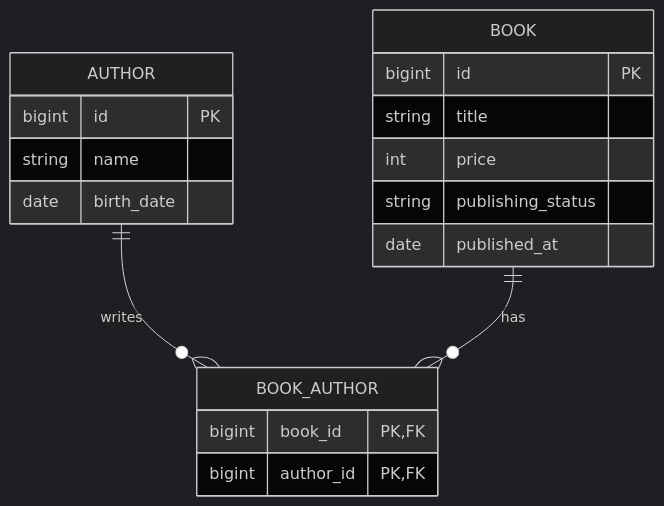
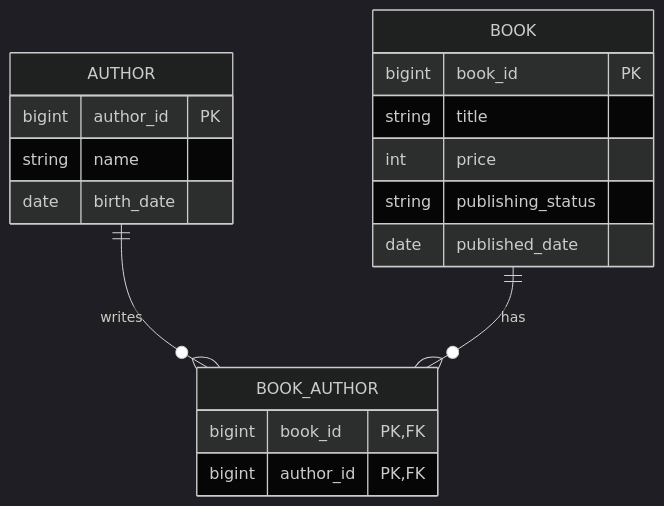
The diagram in README.md (tomoki-ueno/book-api), drawn with Mermaid (dark theme) before and after one commit. The commit also changed other lines of this file and 17 other files, not shown here.

````diff
--- a/README.md
+++ b/README.md
@@ -19,24 +35,24 @@
 ```mermaid
 erDiagram
     AUTHOR {
-        bigint id PK
+        bigint author_id PK
         string name
         date birth_date
     }
 
     BOOK {
-        bigint id PK
+        bigint book_id PK
         string title
         int price
         string publishing_status
-        date published_at
+        date published_date
     }
 
     BOOK_AUTHOR {
         bigint book_id PK, FK
         bigint author_id PK, FK
     }
 
     AUTHOR ||--o{ BOOK_AUTHOR : writes
     BOOK ||--o{ BOOK_AUTHOR : has
 ```
````
